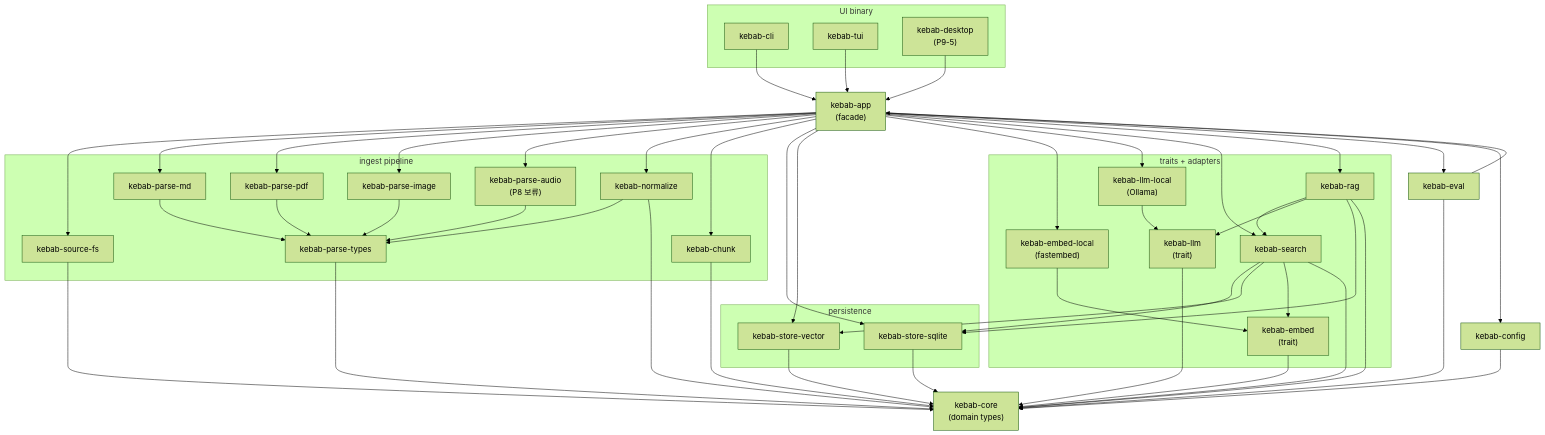
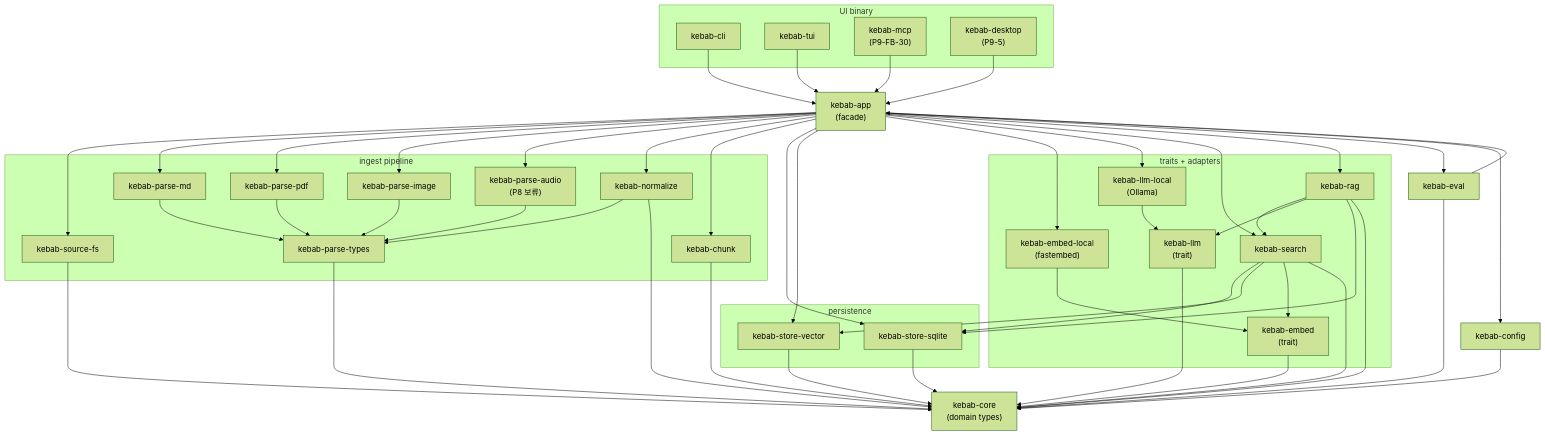
One commit to altair823/kebab changed the diagram in docs/ARCHITECTURE.md. Above: the diagram before and after it, drawn with Mermaid (forest theme). The commit also changed other lines of this file and 2 other files, not shown here.

Commit message:
🚑 docs + cleanup: ARCHITECTURE.md kebab-mcp + state.rs stale comment + schema test cap-flag (fb-30)
Final review fixes:

- docs/ARCHITECTURE.md: add kebab-mcp to UI subgraph + directory tree
  (CLAUDE.md "add new crate" rule required this; missed in Task 12 doc sync).
- state.rs: replace forward-reference Task 10 comment with current-state
  doc (config_path now wired by Task 10 commit 4a30959).
- tools_call_schema.rs: assert capabilities.mcp_server == true (already
  pinned in schema_report + cli_schema, this closes the gap in mcp's own
  test).

Version bump 0.3.0 → 0.4.0 deferred to separate `chore/bump-v0.4.0` PR
mirroring fb-27 precedent (commit 73f5d73 / PR #105).

```diff
--- a/docs/ARCHITECTURE.md
+++ b/docs/ARCHITECTURE.md
@@ -40,6 +40,7 @@
     subgraph UI ["UI binary"]
         cli["kebab-cli"]
         tui["kebab-tui"]
+        mcp["kebab-mcp<br/>(P9-FB-30)"]
         desktop["kebab-desktop<br/>(P9-5)"]
     end
     app["kebab-app<br/>(facade)"]
@@ -71,6 +72,7 @@
 
     cli --> app
     tui --> app
+    mcp --> app
     desktop --> app
 
     app --> srcfs
```
